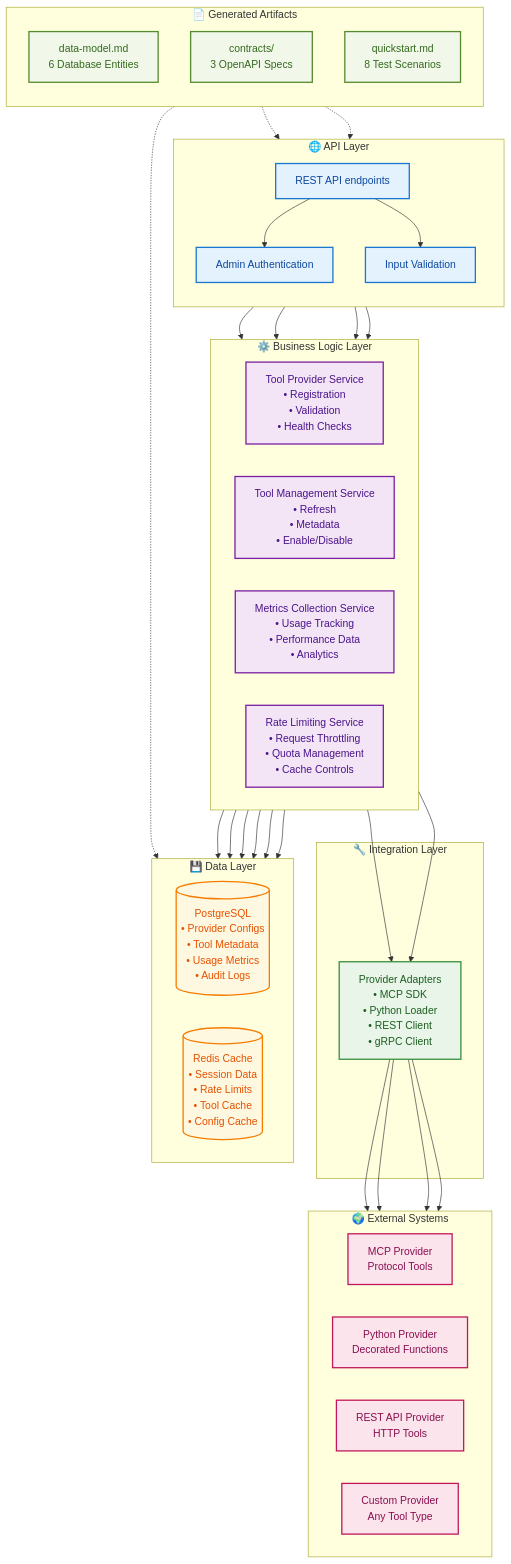
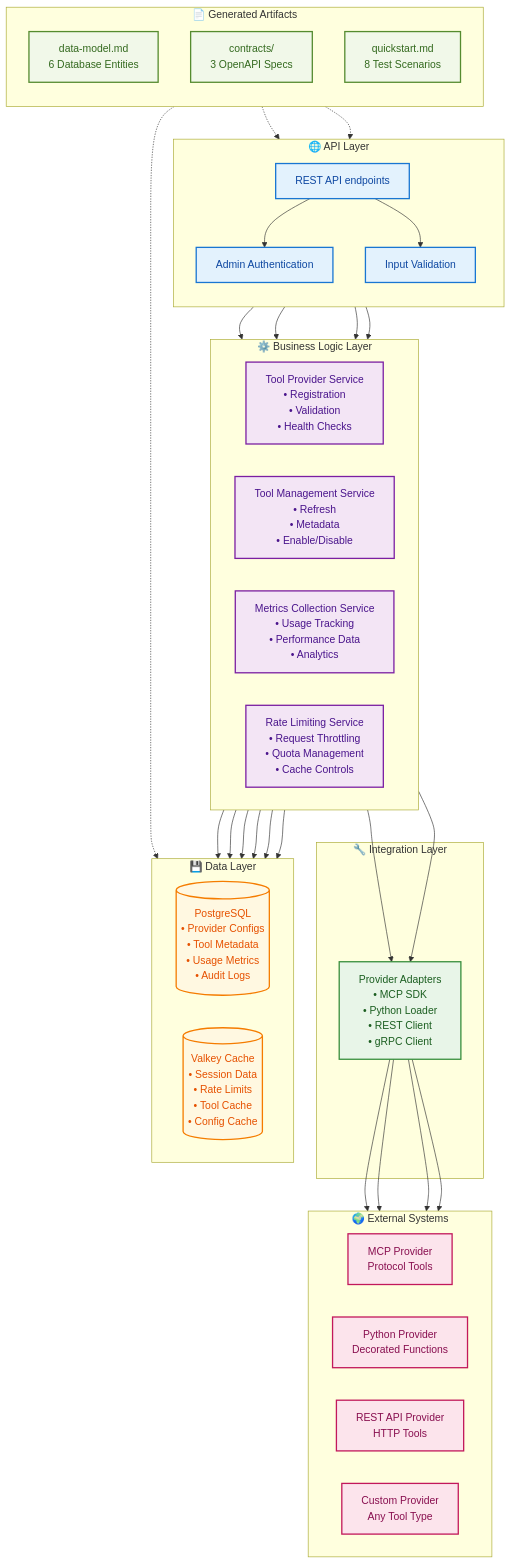
The first of 4 diagrams in specs/004-tool-management/plan.md (alinabuzachis/syntara), drawn with Mermaid before and after one commit. The commit also changed other lines of this file and 11 other files, not shown here.

Commit message:
fix(specs): consolidate decision making around redis/valkey (#100)

```diff
--- a/specs/004-tool-management/plan.md
+++ b/specs/004-tool-management/plan.md
@@ -66,7 +66,7 @@
     subgraph "💾 Data Layer"
         direction LR
         PG[(PostgreSQL<br/>• Provider Configs<br/>• Tool Metadata<br/>• Usage Metrics<br/>• Audit Logs)]
-        REDIS[(Redis Cache<br/>• Session Data<br/>• Rate Limits<br/>• Tool Cache<br/>• Config Cache)]
+        REDIS[(Valkey Cache<br/>• Session Data<br/>• Rate Limits<br/>• Tool Cache<br/>• Config Cache)]
     end
 
     subgraph "🌍 External Systems"
```
